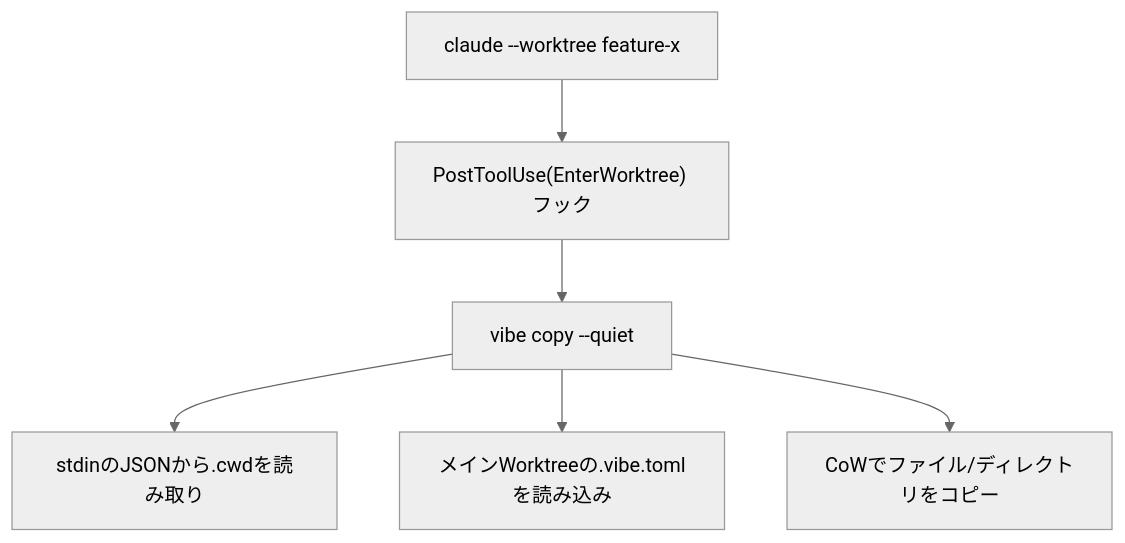
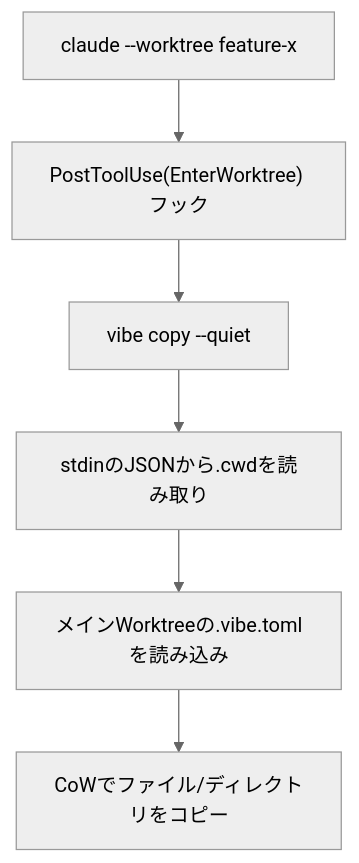
The diagram in packages/docs/src/content/docs/ja/commands/copy.mdx (kexi/vibe), drawn with Mermaid (neutral theme) before and after one commit. The commit also changed 4 other files, not shown here.

````diff
--- a/packages/docs/src/content/docs/ja/commands/copy.mdx
+++ b/packages/docs/src/content/docs/ja/commands/copy.mdx
@@ -93,8 +93,8 @@
 ```mermaid
 flowchart TD
     A["claude --worktree feature-x"] --> B["PostToolUse(EnterWorktree) フック"]
     B --> C["vibe copy --quiet"]
     C --> D["stdinのJSONから.cwdを読み取り"]
-    C --> E["メインWorktreeの.vibe.tomlを読み込み"]
-    C --> F["CoWでファイル/ディレクトリをコピー"]
+    D --> E["メインWorktreeの.vibe.tomlを読み込み"]
+    E --> F["CoWでファイル/ディレクトリをコピー"]
 ```
````
